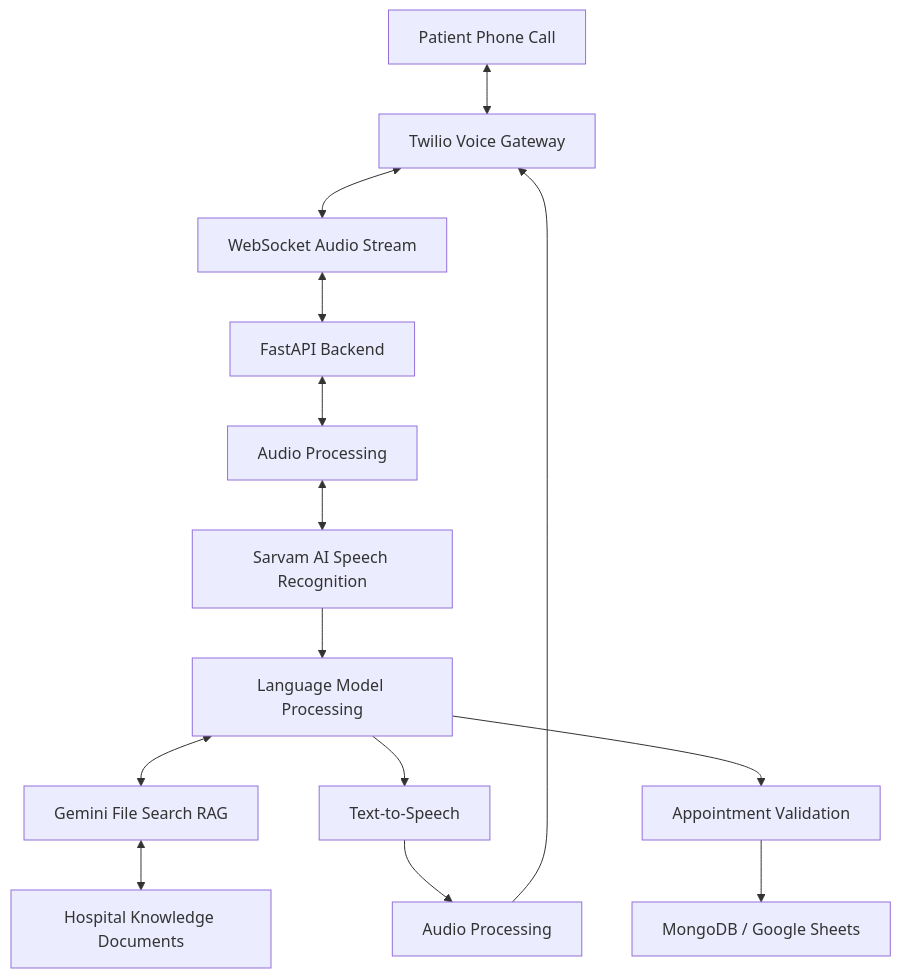
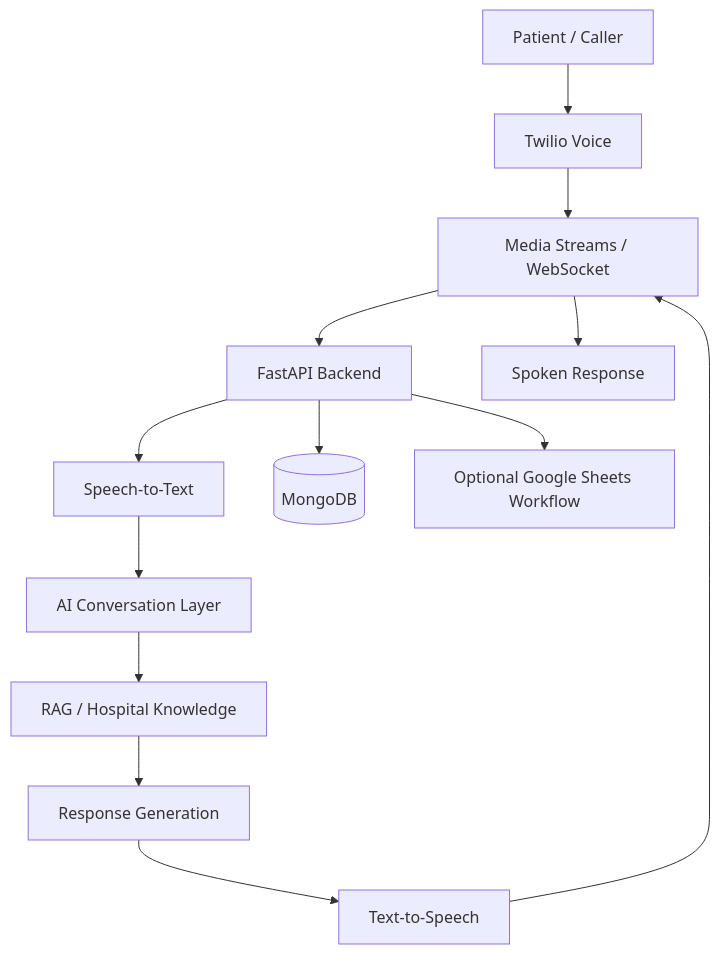
One commit to AnuragPravinDeshmukh/anurag-ai-hospital-voice-assistant changed the diagram in README.md. Above: the diagram before and after it, drawn with Mermaid. The commit also changed other lines of this file, not shown here.

````diff
--- a/README.md
+++ b/README.md
@@ -68,16 +60,15 @@
 ```mermaid
 flowchart TD
-    A[Patient Phone Call] <--> B[Twilio Voice Gateway]
-    B <--> C[WebSocket Audio Stream]
-    C <--> D[FastAPI Backend]
-    D <--> E[Audio Processing]
-    E <--> F[Sarvam AI Speech Recognition]
-    F --> G[Language Model Processing]
-    G <--> H[Gemini File Search RAG]
-    H <--> I[Hospital Knowledge Documents]
-    G --> J[Text-to-Speech]
-    J --> K[Audio Processing]
-    K --> B
-    G --> L[Appointment Validation]
-    L --> M[MongoDB / Google Sheets]
+    A[Patient / Caller] --> B[Twilio Voice]
+    B --> C[Media Streams / WebSocket]
+    C --> D[FastAPI Backend]
+    D --> E[Speech-to-Text]
+    E --> F[AI Conversation Layer]
+    F --> G[RAG / Hospital Knowledge]
+    G --> H[Response Generation]
+    H --> I[Text-to-Speech]
+    I --> C
+    C --> J[Spoken Response]
+    D --> K[(MongoDB)]
+    D --> L[Optional Google Sheets Workflow]
 ```
````
